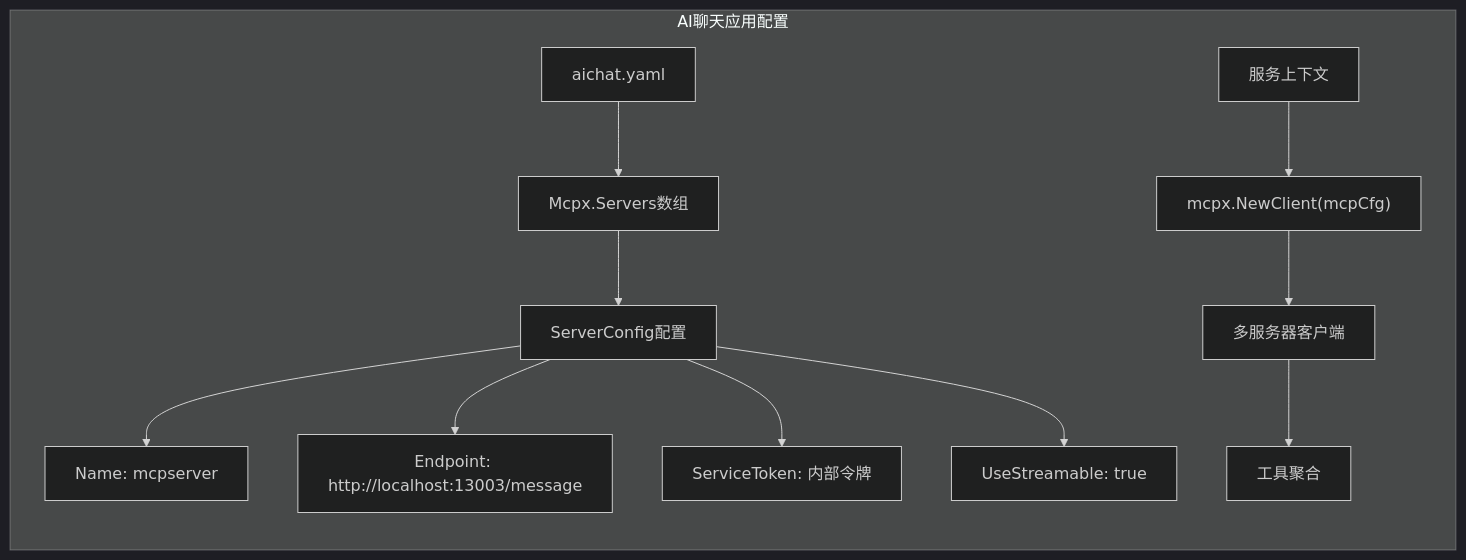
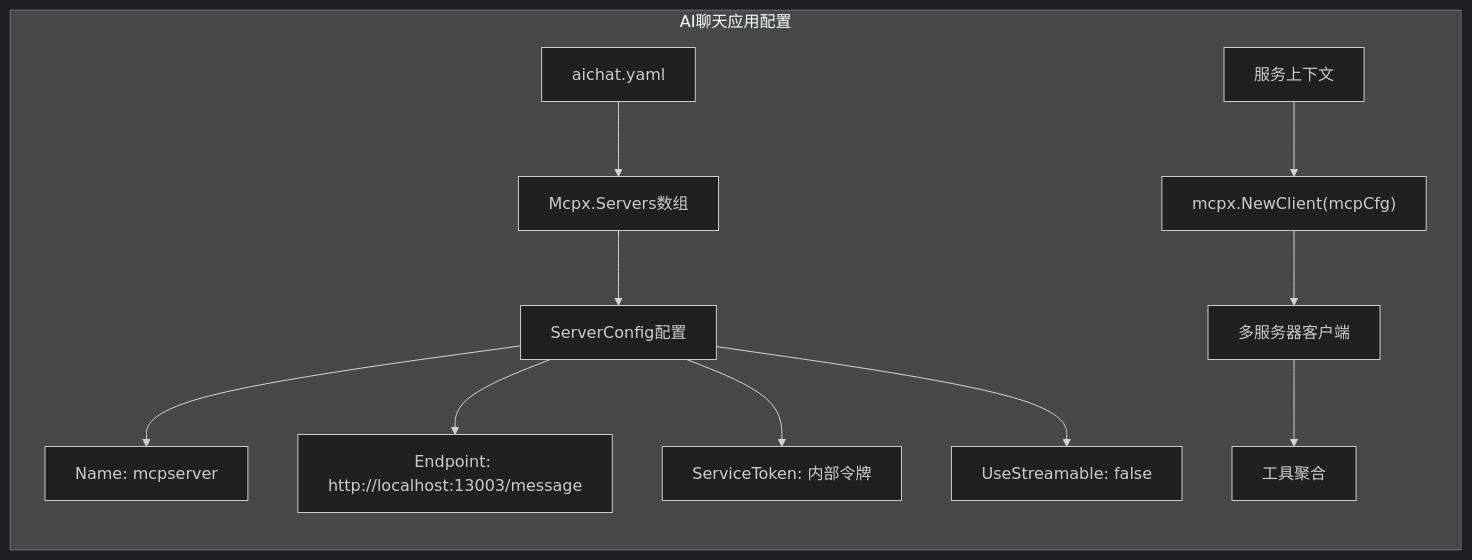
Before and after one commit to maomao94/zero-service: diagram 13 of 17 in .qoder/repowiki/zh/content/AI应用模块/MCP服务器.md, drawn with Mermaid (dark theme). The commit also changed other lines of this file and 58 other files, not shown here.

````diff
--- a/.qoder/repowiki/zh/content/AI应用模块/MCP服务器.md
+++ b/.qoder/repowiki/zh/content/AI应用模块/MCP服务器.md
@@ -745,14 +728,14 @@
 ```mermaid
 graph LR
 subgraph "AI聊天应用配置"
 A["aichat.yaml"] --> B["Mcpx.Servers数组"]
 B --> C["ServerConfig配置"]
 C --> D["Name: mcpserver"]
 C --> E["Endpoint: http://localhost:13003/message"]
 C --> F["ServiceToken: 内部令牌"]
-C --> G["UseStreamable: true"]
+C --> G["UseStreamable: false"]
 H["服务上下文"] --> I["mcpx.NewClient(mcpCfg)"]
 I --> J["多服务器客户端"]
 J --> K["工具聚合"]
 end
 ```
````
